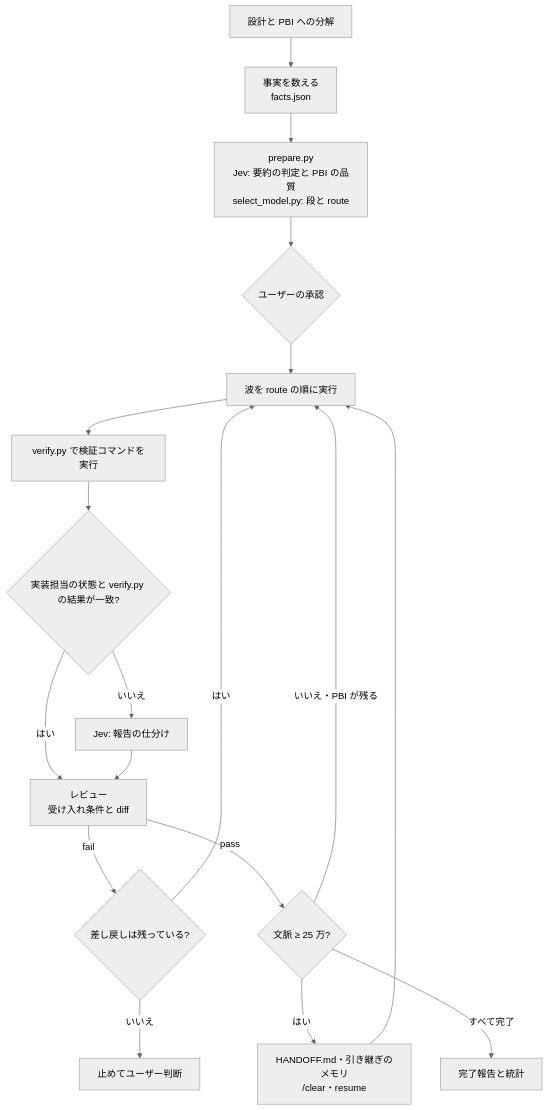
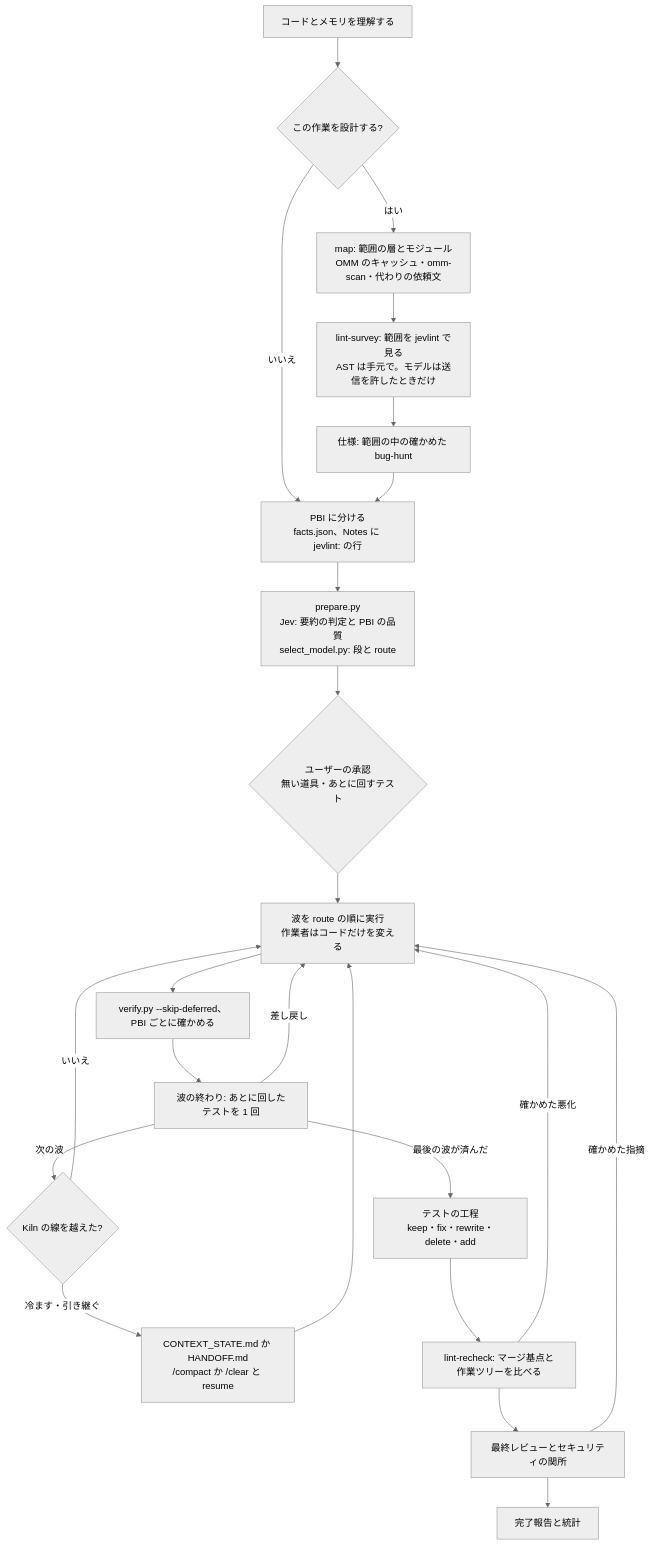
The diagram in README.ja.md (reeschan/atelier), drawn with Mermaid (neutral theme) before and after one commit. The commit also changed other lines of this file and 10 other files, not shown here.

First line of the commit message:
Document the map, lint and default changes; explain the recommended template

````diff
--- a/README.ja.md
+++ b/README.ja.md
@@ -75,20 +80,25 @@
 ```mermaid
 flowchart TD
-  A[設計と PBI への分解] --> B[事実を数える<br/>facts.json]
-  B --> C[prepare.py<br/>Jev: 要約の判定と PBI の品質<br/>select_model.py: 段と route]
-  C --> F{ユーザーの承認}
-  F --> G[波を route の順に実行]
-  G --> V[verify.py で検証コマンドを実行]
-  V --> H{実装担当の状態と verify.py の結果が一致?}
-  H -->|いいえ| H2[Jev: 報告の仕分け]
-  H -->|はい| I
-  H2 --> I[レビュー<br/>受け入れ条件と diff]
-  I -->|fail| K{差し戻しは残っている?}
-  K -->|はい| G
-  K -->|いいえ| L[止めてユーザー判断]
-  I -->|pass| M{文脈 ≥ 25 万?}
-  M -->|いいえ・PBI が残る| G
-  M -->|はい| N[HANDOFF.md・引き継ぎのメモリ<br/>/clear・resume]
+  U[コードとメモリを理解する] --> D{この作業を設計する?}
+  D -->|はい| MAP[map: 範囲の層とモジュール<br/>OMM のキャッシュ・omm-scan・代わりの依頼文]
+  MAP --> LS[lint-survey: 範囲を jevlint で見る<br/>AST は手元で。モデルは送信を許したときだけ]
+  LS --> S[仕様: 範囲の中の確かめた bug-hunt]
+  D -->|いいえ| P
+  S --> P[PBI に分ける<br/>facts.json、Notes に jevlint: の行]
+  P --> C[prepare.py<br/>Jev: 要約の判定と PBI の品質<br/>select_model.py: 段と route]
+  C --> F{ユーザーの承認<br/>無い道具・あとに回すテスト}
+  F --> G[波を route の順に実行<br/>作業者はコードだけを変える]
+  G --> V[verify.py --skip-deferred、PBI ごとに確かめる]
+  V --> W[波の終わり: あとに回したテストを 1 回]
+  W -->|差し戻し| G
+  W -->|次の波| K{Kiln の線を越えた?}
+  K -->|冷ます・引き継ぐ| N[CONTEXT_STATE.md か HANDOFF.md<br/>/compact か /clear と resume]
   N --> G
-  M -->|すべて完了| J[完了報告と統計]
+  K -->|いいえ| G
+  W -->|最後の波が済んだ| T[テストの工程<br/>keep・fix・rewrite・delete・add]
+  T --> LR[lint-recheck: マージ基点と作業ツリーを比べる]
+  LR -->|確かめた悪化| G
+  LR --> R[最終レビューとセキュリティの関所]
+  R -->|確かめた指摘| G
+  R --> J[完了報告と統計]
 ```
````
